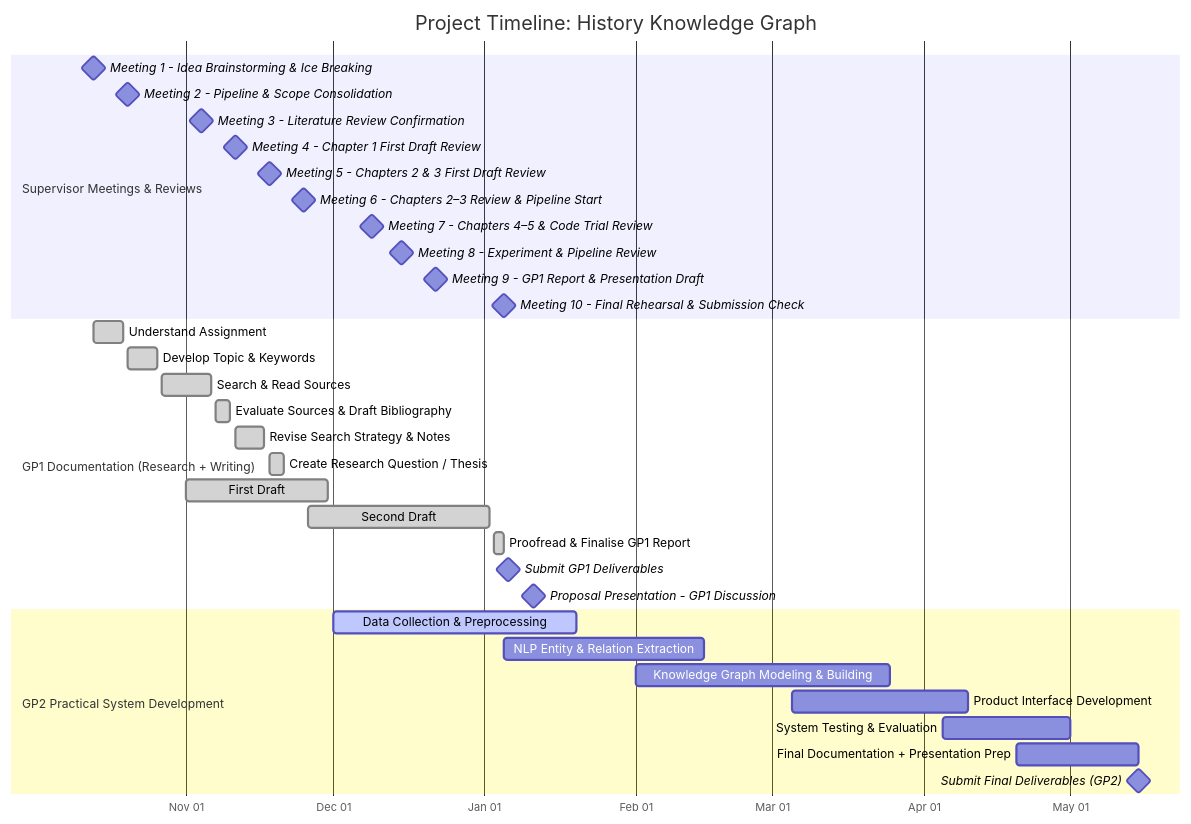
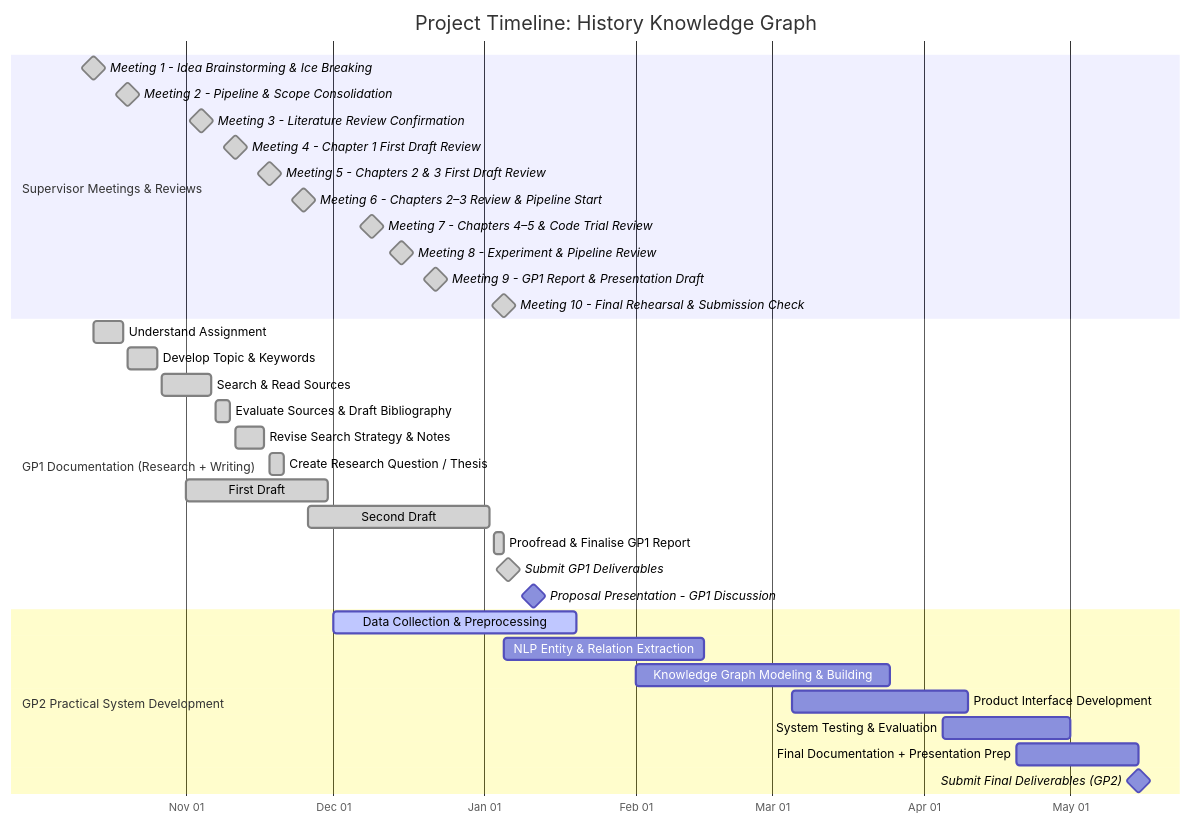
One commit to Mohammad-ALADDASI/ChronoLearn changed the diagram in README.md. Above: the diagram before and after it, drawn with Mermaid.

````diff
--- a/README.md
+++ b/README.md
@@ -74,53 +74,53 @@
 ```mermaid
 gantt
     title Project Timeline: History Knowledge Graph
     dateFormat  YYYY-MM-DD
     axisFormat  %b %d
   %% -------------------------
     %% PROJECT MEETINGS & REVIEWS
     %% -------------------------
     section Supervisor Meetings & Reviews
 
-    Meeting 1 - Idea Brainstorming & Ice Breaking      :milestone, m1, 2025-10-13, 0d
-    Meeting 2 - Pipeline & Scope Consolidation         :milestone, m2, 2025-10-20, 0d
-    Meeting 3 - Literature Review Confirmation         :milestone, m3, 2025-11-04, 0d
-    Meeting 4 - Chapter 1 First Draft Review           :milestone, m4, 2025-11-11, 0d
-    Meeting 5 - Chapters 2 & 3 First Draft Review      :milestone, m5, 2025-11-18, 0d
-    Meeting 6 - Chapters 2–3 Review & Pipeline Start   :milestone, m6, 2025-11-25, 0d
-    Meeting 7 - Chapters 4–5 & Code Trial Review       :milestone, m7, 2025-12-09, 0d
-    Meeting 8 - Experiment & Pipeline Review           :milestone, m8, 2025-12-15, 0d
-    Meeting 9 - GP1 Report & Presentation Draft        :milestone, m9, 2025-12-22, 0d
-    Meeting 10 - Final Rehearsal & Submission Check    :milestone, m10, 2026-01-05, 0d
+    Meeting 1 - Idea Brainstorming & Ice Breaking      :done, milestone, m1, 2025-10-13, 0d
+    Meeting 2 - Pipeline & Scope Consolidation         :done, milestone, m2, 2025-10-20, 0d
+    Meeting 3 - Literature Review Confirmation         :done, milestone, m3, 2025-11-04, 0d
+    Meeting 4 - Chapter 1 First Draft Review           :done, milestone, m4, 2025-11-11, 0d
+    Meeting 5 - Chapters 2 & 3 First Draft Review      :done, milestone, m5, 2025-11-18, 0d
+    Meeting 6 - Chapters 2–3 Review & Pipeline Start   :done, milestone, m6, 2025-11-25, 0d
+    Meeting 7 - Chapters 4–5 & Code Trial Review       :done, milestone, m7, 2025-12-09, 0d
+    Meeting 8 - Experiment & Pipeline Review           :done, milestone, m8, 2025-12-15, 0d
+    Meeting 9 - GP1 Report & Presentation Draft        :done, milestone, m9, 2025-12-22, 0d
+    Meeting 10 - Final Rehearsal & Submission Check    :done, milestone, m10, 2026-01-05, 0d
 
     %% -------------------------
     %% PHASE 1 — GP1 DOCUMENTATION
     %% -------------------------
     section GP1 Documentation (Research + Writing)
     Understand Assignment                     :done, gp1a, 2025-10-13, 2025-10-19
     Develop Topic & Keywords                  :done, gp1b, 2025-10-20, 2025-10-26
     Search & Read Sources                     :done, gp1c, 2025-10-27, 2025-11-06
     Evaluate Sources & Draft Bibliography     :done, gp1d, 2025-11-07, 2025-11-10
     Revise Search Strategy & Notes            :done, gp1e, 2025-11-11, 2025-11-17
     Create Research Question / Thesis         :done, gp1f, 2025-11-18, 2025-11-21
 
     First Draft                               :done, gp1g, 2025-11-01, 2025-11-30
     Second Draft                              :done, 2025-11-26, 2026-01-02
-    Proofread & Finalise GP1 Report           :done , 2026-01-03, 2026-01-05
-    Submit GP1 Deliverables                   :milestone, gp1m, 2026-01-06, 0d
+    Proofread & Finalise GP1 Report           :done, 2026-01-03, 2026-01-05
+    Submit GP1 Deliverables                   :done, milestone, gp1m, 2026-01-06, 0d
     Proposal Presentation - GP1 Discussion    :milestone, gp1m, 2026-01-11, 0d
 
 
     %% -------------------------
     %% PHASE 2 — GP2 PRACTICAL WORK (starts before GP1 ends)
     %% -------------------------
     section GP2 Practical System Development
     Data Collection & Preprocessing           :active, gp2a, 2025-12-01, 2026-01-20
     NLP Entity & Relation Extraction          :gp2b, 2026-01-05, 2026-02-15
     Knowledge Graph Modeling & Building       :gp2c, 2026-02-01, 2026-03-25
     Product Interface Development             :gp2d, 2026-03-05, 2026-04-10
     System Testing & Evaluation               :gp2e, 2026-04-05, 2026-05-01
     Final Documentation + Presentation Prep   :gp2f, 2026-04-20, 2026-05-15
     Submit Final Deliverables (GP2)           :milestone, gp2m, 2026-05-15, 0d
 
   
 ```
````
